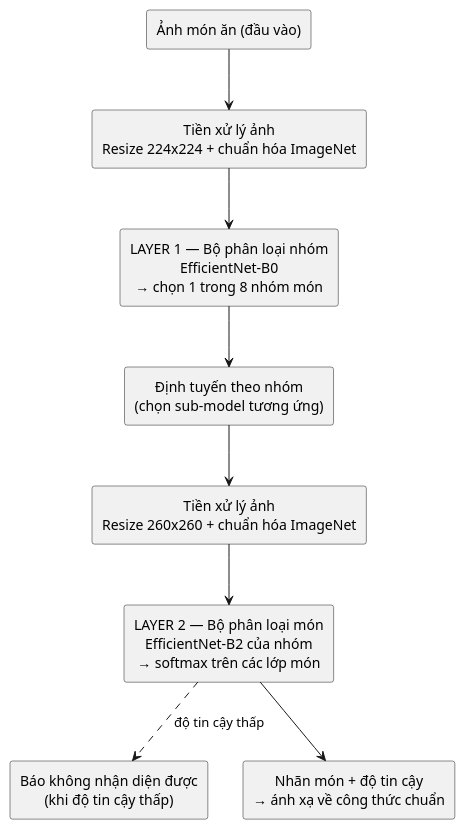
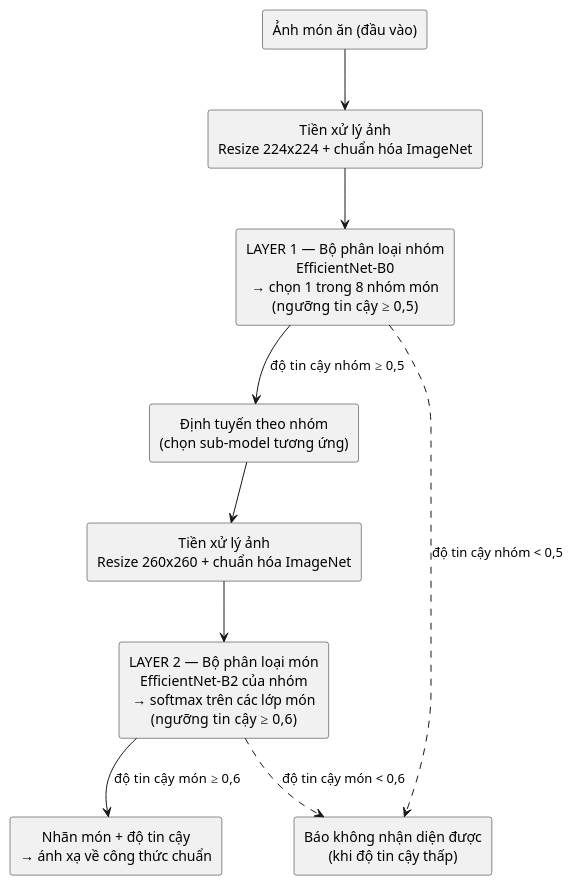
One commit to tien2204/vnfood-platform changed the diagram in DATN_REPORT/diagrams/kientruc_2tang.puml. Above: the diagram before and after it, drawn with PlantUML. The commit also changed 10 other files, not shown here.

First line of the commit message:
docs(thesis): deployment guides, defense Q&A, presentation script, diagrams

```diff
--- a/DATN_REPORT/diagrams/kientruc_2tang.puml
+++ b/DATN_REPORT/diagrams/kientruc_2tang.puml
@@ -1,24 +1,25 @@
 @startuml
 ' Sơ đồ khối kiến trúc nhận diện 2 tầng (Group EfficientNet-B0 -> Sub EfficientNet-B2)
 skinparam monochrome true
 skinparam shadowing false
 skinparam defaultFontName Arial
 skinparam defaultTextAlignment center
 
 rectangle "Ảnh món ăn (đầu vào)" as IMG
 rectangle "Tiền xử lý ảnh\nResize 224x224 + chuẩn hóa ImageNet" as PRE1
-rectangle "LAYER 1 — Bộ phân loại nhóm\nEfficientNet-B0\n→ chọn 1 trong 8 nhóm món" as G
+rectangle "LAYER 1 — Bộ phân loại nhóm\nEfficientNet-B0\n→ chọn 1 trong 8 nhóm món\n(ngưỡng tin cậy ≥ 0,5)" as G
 rectangle "Định tuyến theo nhóm\n(chọn sub-model tương ứng)" as SEL
 rectangle "Tiền xử lý ảnh\nResize 260x260 + chuẩn hóa ImageNet" as PRE2
-rectangle "LAYER 2 — Bộ phân loại món\nEfficientNet-B2 của nhóm\n→ softmax trên các lớp món" as S
+rectangle "LAYER 2 — Bộ phân loại món\nEfficientNet-B2 của nhóm\n→ softmax trên các lớp món\n(ngưỡng tin cậy ≥ 0,6)" as S
 rectangle "Báo không nhận diện được\n(khi độ tin cậy thấp)" as LOW
 rectangle "Nhãn món + độ tin cậy\n→ ánh xạ về công thức chuẩn" as OUT
 
 IMG --> PRE1
 PRE1 --> G
-G --> SEL
+G --> SEL : độ tin cậy nhóm ≥ 0,5
 SEL --> PRE2
 PRE2 --> S
-S --> OUT
-S ..> LOW : độ tin cậy thấp
+S --> OUT : độ tin cậy món ≥ 0,6
+G ..> LOW : độ tin cậy nhóm < 0,5
+S ..> LOW : độ tin cậy món < 0,6
 @enduml
```
